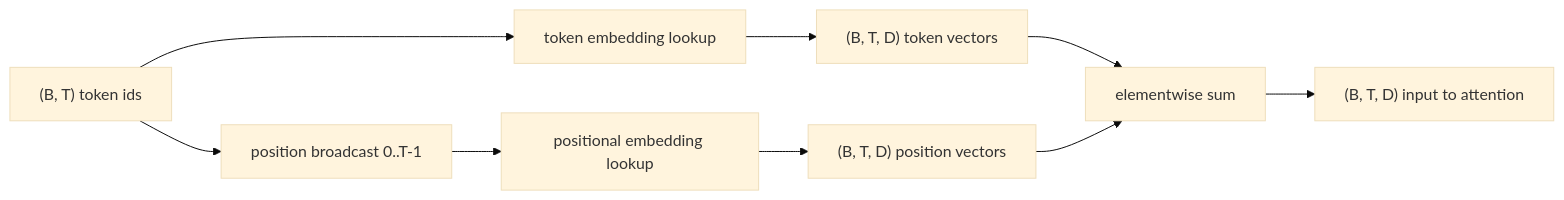
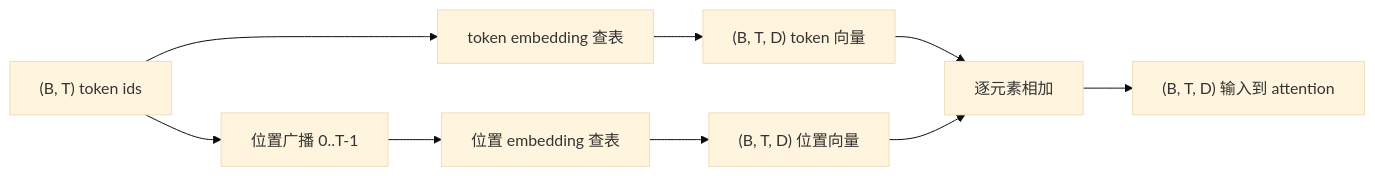
Before and after one commit to JerryC8080/ai-engineering-from-scratch-zh: the first of 2 diagrams in phases/19-capstone-projects/32-token-positional-embeddings/docs/zh.md, drawn with Mermaid (base theme). The commit also changed 156 other files, not shown here.

First line of the commit message:
i18n(zh): translate mermaid diagram labels in 157 lesson zh.md

````diff
--- a/phases/19-capstone-projects/32-token-positional-embeddings/docs/zh.md
+++ b/phases/19-capstone-projects/32-token-positional-embeddings/docs/zh.md
@@ -31,11 +31,11 @@
 ```mermaid
 flowchart LR
-    A["(B, T) token ids"] --> B[token embedding lookup]
-    B --> C["(B, T, D) token vectors"]
-    A --> D[position broadcast 0..T-1]
-    D --> E[positional embedding lookup]
-    E --> F["(B, T, D) position vectors"]
-    C --> G[elementwise sum]
+    A["(B, T) token ids"] --> B[token embedding 查表]
+    B --> C["(B, T, D) token 向量"]
+    A --> D[位置广播 0..T-1]
+    D --> E[位置 embedding 查表]
+    E --> F["(B, T, D) 位置向量"]
+    C --> G[逐元素相加]
     F --> G
-    G --> H["(B, T, D) input to attention"]
+    G --> H["(B, T, D) 输入到 attention"]
 ```
````
